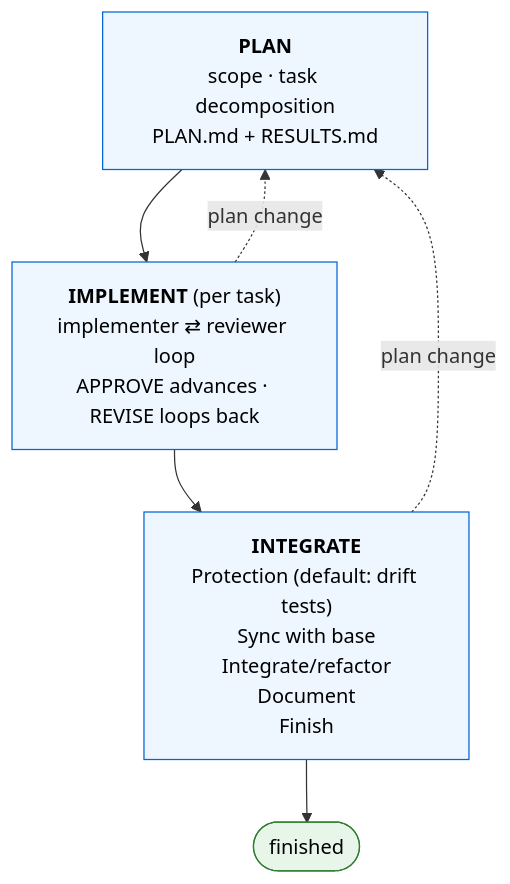
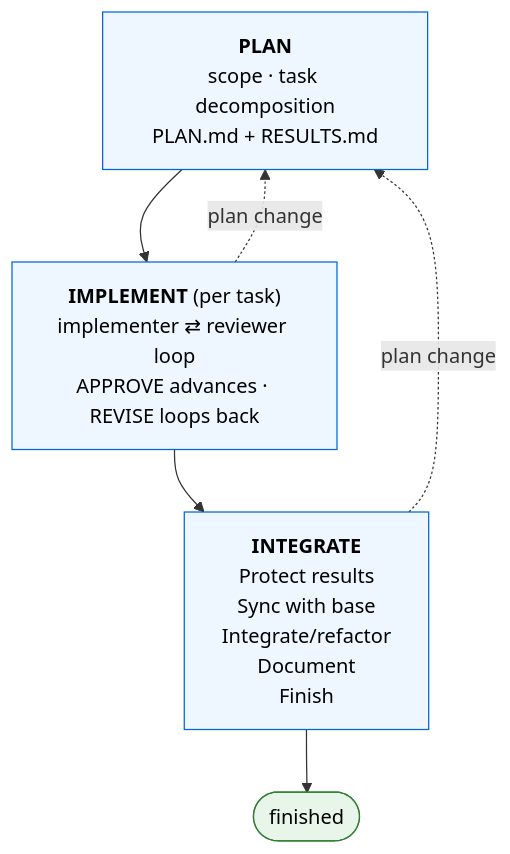
The diagram in README.md (FuZhiyu/superRA), drawn with Mermaid before and after one commit.

Commit message:
Update INTEGRATE section in README.md

````diff
--- a/README.md
+++ b/README.md
@@ -30,19 +30,19 @@
 ```mermaid
 flowchart TB
     PLAN["<b>PLAN</b><br/>scope · task decomposition<br/>PLAN.md + RESULTS.md"]
     IMPLEMENT["<b>IMPLEMENT</b> (per task)<br/>implementer ⇄ reviewer loop<br/>APPROVE advances · REVISE loops back"]
-    INTEGRATE["<b>INTEGRATE</b><br/>Protection (default: drift tests)<br/>Sync with base<br/>Integrate/refactor<br/>Document<br/>Finish"]
+    INTEGRATE["<b>INTEGRATE</b><br/>Protect results <br/>Sync with base<br/>Integrate/refactor<br/>Document<br/>Finish"]
     FINISHED(["finished"])
 
     PLAN --> IMPLEMENT
     IMPLEMENT --> INTEGRATE
     INTEGRATE --> FINISHED
 
     IMPLEMENT -. "plan change" .-> PLAN
     INTEGRATE -. "plan change" .-> PLAN
 
     classDef phase fill:#eef7ff,stroke:#0366d6,color:#000
     classDef terminal fill:#e8f5e9,stroke:#2e7d32,color:#000
     class PLAN,IMPLEMENT,INTEGRATE phase
     class FINISHED terminal
 ```
````
